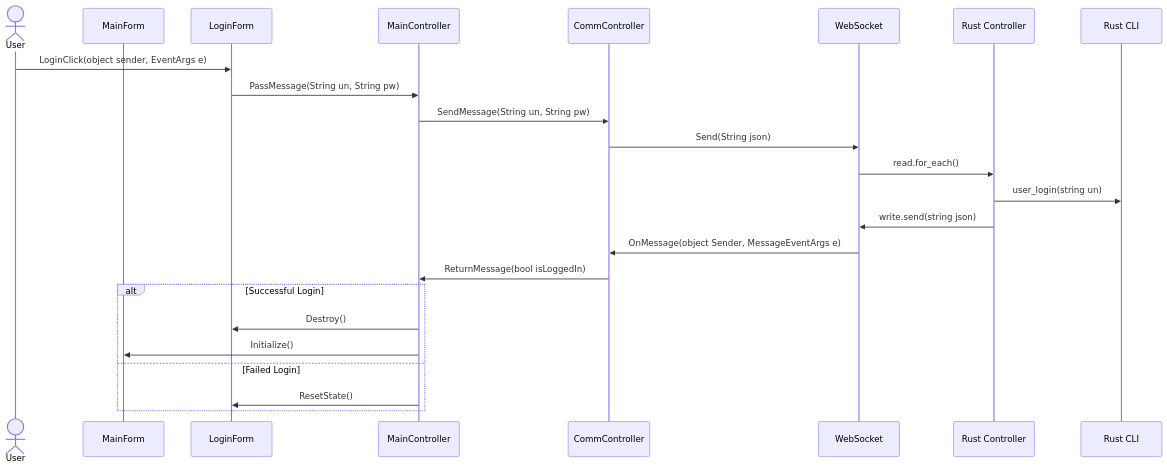
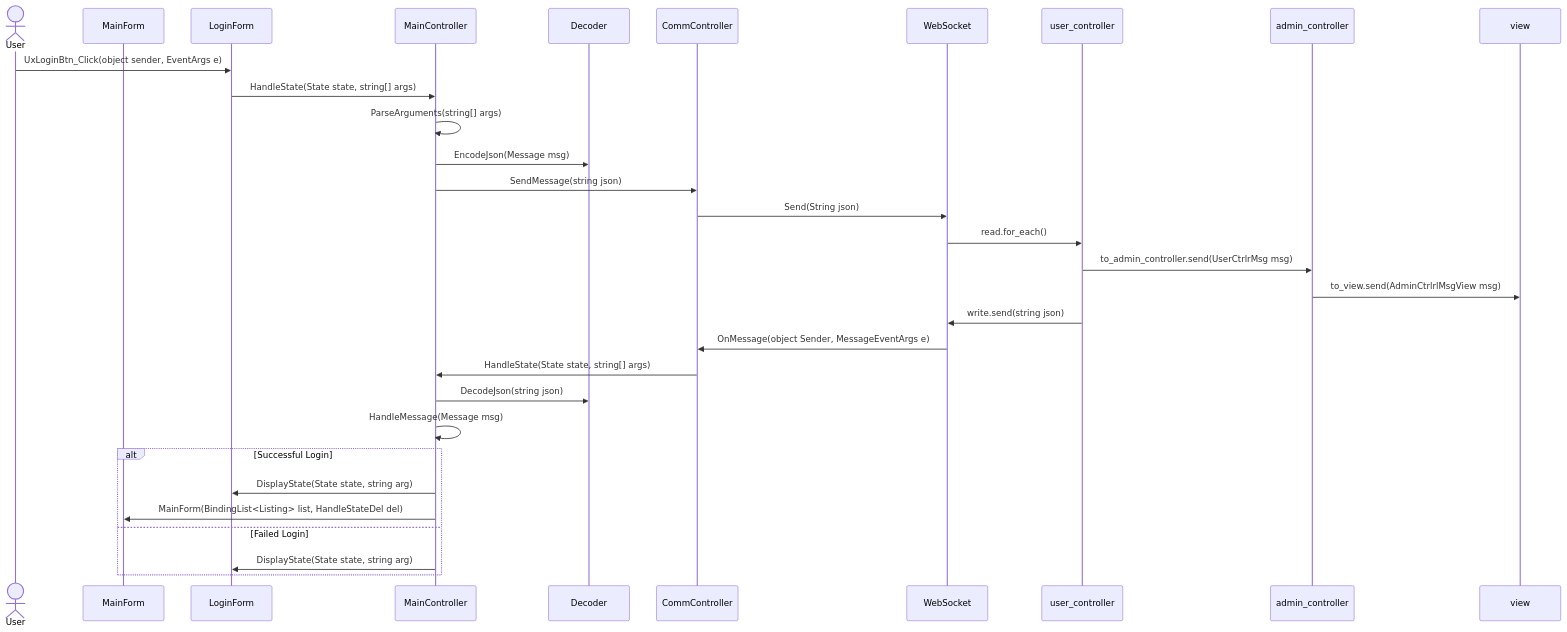
Before and after one commit to vixispellman/cis501-p4-docs: the diagram in UC1-realization.mmd, drawn with Mermaid. The commit also changed 2 other files, not shown here.

```diff
--- a/UC1-realization.mmd
+++ b/UC1-realization.mmd
@@ -1,26 +1,33 @@
 sequenceDiagram
 
 actor User
 participant MainForm
 participant LoginForm
 participant MainController
+participant Decoder
 participant CommController
 participant WebSocket
-participant controller as Rust Controller
-participant CLI as Rust CLI
+participant user_controller
+participant admin_controller
+participant view
 
-User ->> LoginForm: LoginClick(object sender, EventArgs e)
-LoginForm ->> MainController: PassMessage(String un, String pw)
-MainController ->> CommController: SendMessage(String un, String pw)
+User ->> LoginForm: UxLoginBtn_Click(object sender, EventArgs e)
+LoginForm ->> MainController: HandleState(State state, string[] args)
+MainController ->> MainController: ParseArguments(string[] args)
+MainController ->> Decoder: EncodeJson(Message msg)
+MainController ->> CommController: SendMessage(string json)
 CommController ->> WebSocket: Send(String json)
-WebSocket ->> controller: read.for_each()
-controller ->> CLI: user_login(string un)
-controller ->> WebSocket: write.send(string json)
+WebSocket ->> user_controller: read.for_each()
+user_controller ->> admin_controller: to_admin_controller.send(UserCtrlrMsg msg)
+admin_controller ->> view: to_view.send(AdminCtrlrlMsgView msg)
+user_controller ->> WebSocket: write.send(string json)
 WebSocket ->> CommController: OnMessage(object Sender, MessageEventArgs e)
-CommController ->> MainController: ReturnMessage(bool isLoggedIn)
+CommController ->> MainController: HandleState(State state, string[] args)
+MainController ->> Decoder: DecodeJson(string json)
+MainController ->> MainController: HandleMessage(Message msg)
 alt Successful Login
-    MainController ->> LoginForm: Destroy()
-    MainController ->> MainForm: Initialize()
+    MainController ->> LoginForm: DisplayState(State state, string arg)
+    MainController ->> MainForm: MainForm(BindingList<Listing> list, HandleStateDel del)
 else Failed Login
-    MainController ->> LoginForm: ResetState()
+    MainController ->> LoginForm: DisplayState(State state, string arg)
 end
```
